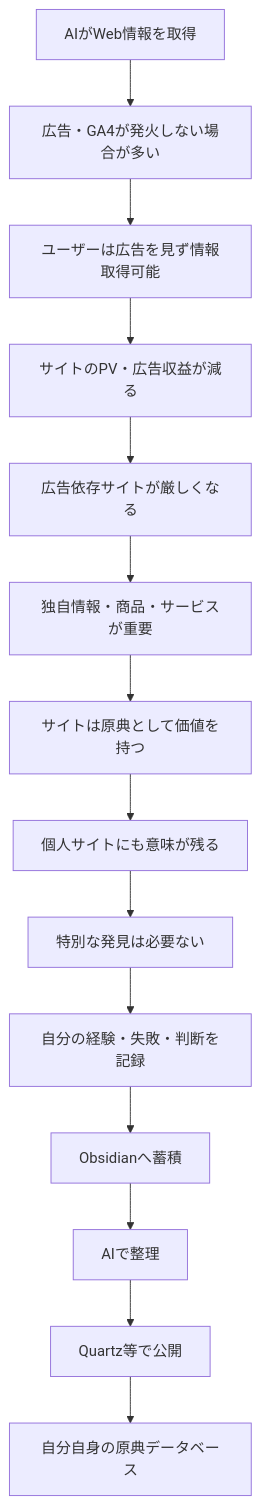
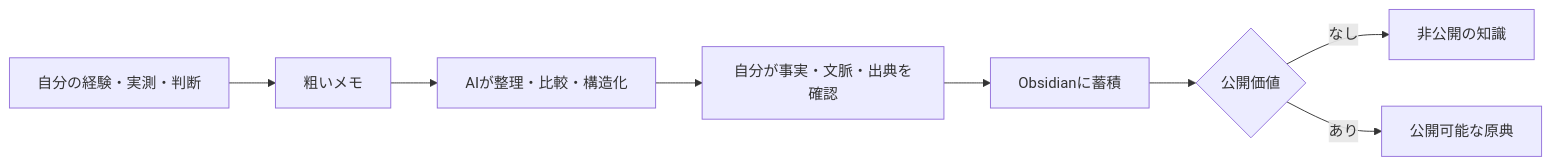
Before and after one commit to fukkamaru/digital-garden: the fourth of 4 diagrams in content/31_Research/AI時代のWeb閲覧・広告収益・個人サイト戦略についての整理.md, drawn with Mermaid. The commit also changed other lines of this file and 319 other files, not shown here.

````diff
--- a/content/31_Research/AI時代のWeb閲覧・広告収益・個人サイト戦略についての整理.md
+++ b/content/31_Research/AI時代のWeb閲覧・広告収益・個人サイト戦略についての整理.md
@@ -1347,16 +195,10 @@
 ```mermaid
-flowchart TD
-    A[AIがWeb情報を取得] --> B[広告・GA4が発火しない場合が多い]
-    B --> C[ユーザーは広告を見ず情報取得可能]
-    C --> D[サイトのPV・広告収益が減る]
-    D --> E[広告依存サイトが厳しくなる]
-    E --> F[独自情報・商品・サービスが重要]
-    F --> G[サイトは原典として価値を持つ]
-    G --> H[個人サイトにも意味が残る]
-    H --> I[特別な発見は必要ない]
-    I --> J[自分の経験・失敗・判断を記録]
-    J --> K[Obsidianへ蓄積]
-    K --> L[AIで整理]
-    L --> M[Quartz等で公開]
-    M --> N[自分自身の原典データベース]
+flowchart LR
+    A[自分の経験・実測・判断] --> B[粗いメモ]
+    B --> C[AIが整理・比較・構造化]
+    C --> D[自分が事実・文脈・出典を確認]
+    D --> E[Obsidianに蓄積]
+    E --> F{公開価値}
+    F -->|なし| G[非公開の知識]
+    F -->|あり| H[公開可能な原典]
 ```
````
